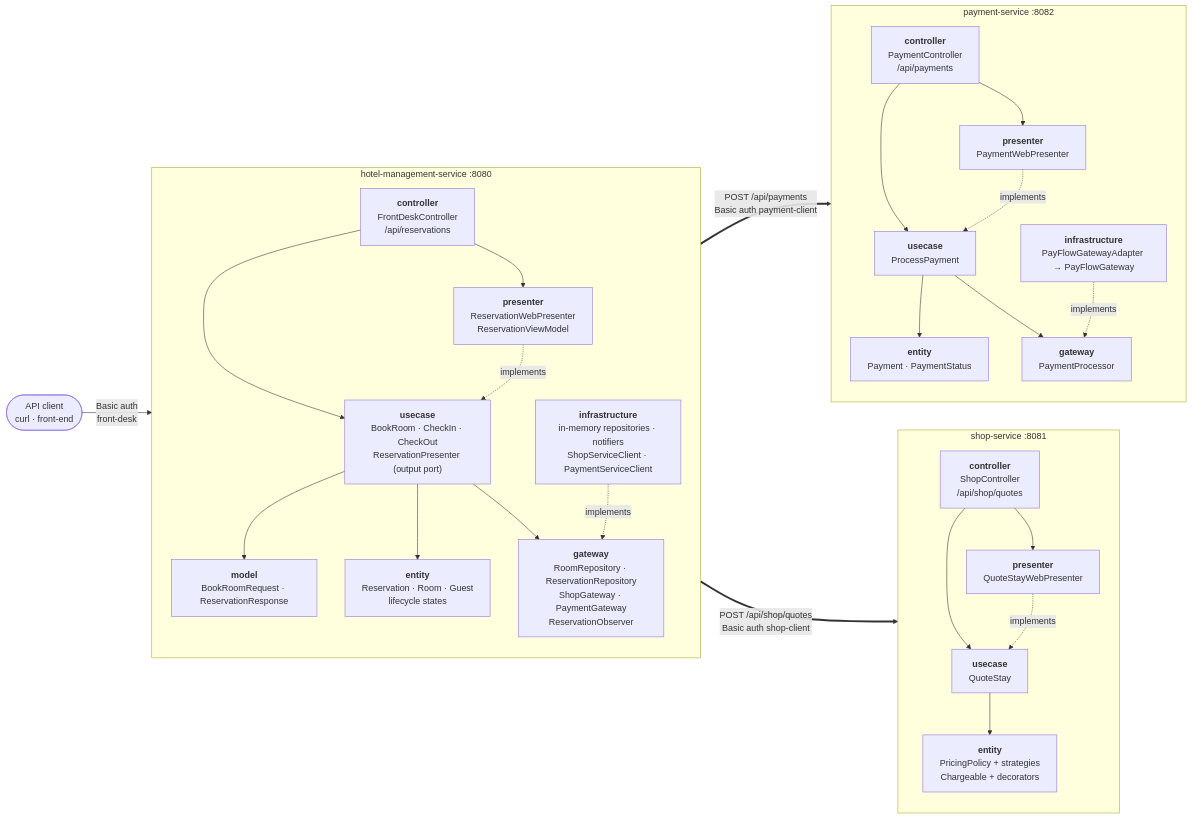
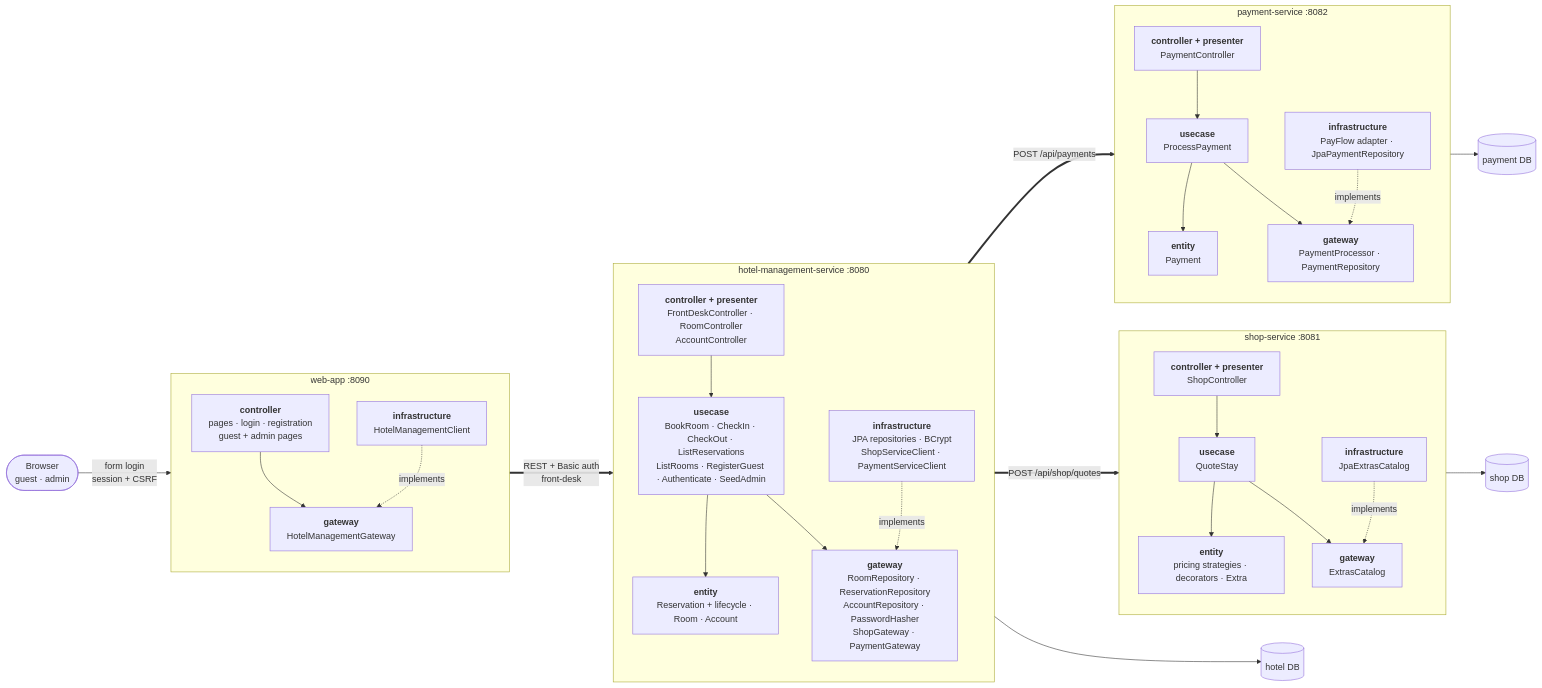
One commit to upb-fils-inter-proj/asd-hotel-reservation-nonaislop changed the second of 4 diagrams in docs/architecture.md. Above: the diagram before and after it, drawn with Mermaid. The commit also changed other lines of this file and 128 other files, not shown here.

First line of the commit message:
Add guest and admin web app and a database per service

````diff
--- a/docs/architecture.md
+++ b/docs/architecture.md
@@ -88,54 +93,64 @@
 ```mermaid
 flowchart LR
-    client(["API client<br/>curl · front-end"])
+    browser(["Browser<br/>guest · admin"])
+
+    subgraph WA["web-app :8090"]
+        direction TB
+        waC["<b>controller</b><br/>pages · login · registration<br/>guest + admin pages"]
+        waG["<b>gateway</b><br/>HotelManagementGateway"]
+        waI["<b>infrastructure</b><br/>HotelManagementClient"]
+        waC --> waG
+        waI -. implements .-> waG
+    end
 
     subgraph HM["hotel-management-service :8080"]
         direction TB
-        hmC["<b>controller</b><br/>FrontDeskController<br/>/api/reservations"]
-        hmP["<b>presenter</b><br/>ReservationWebPresenter<br/>ReservationViewModel"]
-        hmU["<b>usecase</b><br/>BookRoom · CheckIn · CheckOut<br/>ReservationPresenter (output port)"]
-        hmM["<b>model</b><br/>BookRoomRequest · ReservationResponse"]
-        hmE["<b>entity</b><br/>Reservation · Room · Guest<br/>lifecycle states"]
-        hmG["<b>gateway</b><br/>RoomRepository · ReservationRepository<br/>ShopGateway · PaymentGateway<br/>ReservationObserver"]
-        hmI["<b>infrastructure</b><br/>in-memory repositories · notifiers<br/>ShopServiceClient · PaymentServiceClient"]
+        hmC["<b>controller + presenter</b><br/>FrontDeskController · RoomController<br/>AccountController"]
+        hmU["<b>usecase</b><br/>BookRoom · CheckIn · CheckOut · ListReservations<br/>ListRooms · RegisterGuest · Authenticate · SeedAdmin"]
+        hmE["<b>entity</b><br/>Reservation + lifecycle · Room · Account"]
+        hmG["<b>gateway</b><br/>RoomRepository · ReservationRepository<br/>AccountRepository · PasswordHasher<br/>ShopGateway · PaymentGateway"]
+        hmI["<b>infrastructure</b><br/>JPA repositories · BCrypt<br/>ShopServiceClient · PaymentServiceClient"]
         hmC --> hmU
-        hmC --> hmP
-        hmP -. implements .-> hmU
-        hmU --> hmM
         hmU --> hmE
         hmU --> hmG
         hmI -. implements .-> hmG
     end
 
     subgraph SH["shop-service :8081"]
         direction TB
-        shC["<b>controller</b><br/>ShopController<br/>/api/shop/quotes"]
-        shP["<b>presenter</b><br/>QuoteStayWebPresenter"]
+        shC["<b>controller + presenter</b><br/>ShopController"]
         shU["<b>usecase</b><br/>QuoteStay"]
-        shE["<b>entity</b><br/>PricingPolicy + strategies<br/>Chargeable + decorators"]
+        shE["<b>entity</b><br/>pricing strategies · decorators · Extra"]
+        shG["<b>gateway</b><br/>ExtrasCatalog"]
+        shI["<b>infrastructure</b><br/>JpaExtrasCatalog"]
         shC --> shU
-        shC --> shP
-        shP -. implements .-> shU
         shU --> shE
+        shU --> shG
+        shI -. implements .-> shG
     end
 
     subgraph PA["payment-service :8082"]
         direction TB
-        paC["<b>controller</b><br/>PaymentController<br/>/api/payments"]
-        paP["<b>presenter</b><br/>PaymentWebPresenter"]
+        paC["<b>controller + presenter</b><br/>PaymentController"]
         paU["<b>usecase</b><br/>ProcessPayment"]
-        paE["<b>entity</b><br/>Payment · PaymentStatus"]
-        paG["<b>gateway</b><br/>PaymentProcessor"]
-        paI["<b>infrastructure</b><br/>PayFlowGatewayAdapter → PayFlowGateway"]
+        paE["<b>entity</b><br/>Payment"]
+        paG["<b>gateway</b><br/>PaymentProcessor · PaymentRepository"]
+        paI["<b>infrastructure</b><br/>PayFlow adapter · JpaPaymentRepository"]
         paC --> paU
-        paC --> paP
-        paP -. implements .-> paU
         paU --> paE
         paU --> paG
         paI -. implements .-> paG
     end
 
-    client -- "Basic auth<br/>front-desk" --> hmC
-    hmI == "POST /api/shop/quotes<br/>Basic auth shop-client" ==> shC
-    hmI == "POST /api/payments<br/>Basic auth payment-client" ==> paC
+    hdb[("hotel DB")]
+    sdb[("shop DB")]
+    pdb[("payment DB")]
+
+    browser -- "form login<br/>session + CSRF" --> waC
+    waI == "REST + Basic auth<br/>front-desk" ==> hmC
+    hmI == "POST /api/shop/quotes" ==> shC
+    hmI == "POST /api/payments" ==> paC
+    hmI --> hdb
+    shI --> sdb
+    paI --> pdb
 ```
````
